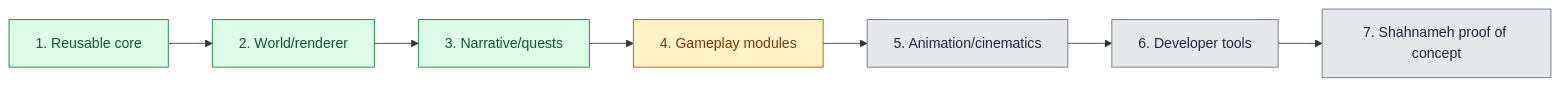
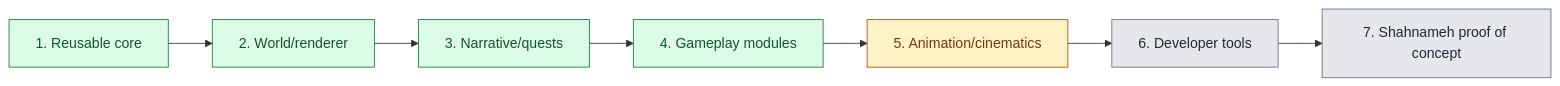
The diagram in README.md (alipilechiha/game-kids-turn-based-rpg), drawn with Mermaid before and after one commit. The commit also changed other lines of this file and 34 other files, not shown here.

````diff
--- a/README.md
+++ b/README.md
@@ -21,10 +21,10 @@
 ```mermaid
 flowchart LR
   P1["1. Reusable core"] --> P2["2. World/renderer"] --> P3["3. Narrative/quests"] --> P4["4. Gameplay modules"] --> P5["5. Animation/cinematics"] --> P6["6. Developer tools"] --> P7["7. Shahnameh proof of concept"]
   classDef complete fill:#dcfce7,stroke:#15803d,color:#14532d
   classDef next fill:#fef3c7,stroke:#b45309,color:#78350f
   classDef planned fill:#e5e7eb,stroke:#6b7280,color:#1f2937
-  class P1,P2,P3 complete
-  class P4 next
-  class P5,P6,P7 planned
+  class P1,P2,P3,P4 complete
+  class P5 next
+  class P6,P7 planned
 ```
````
